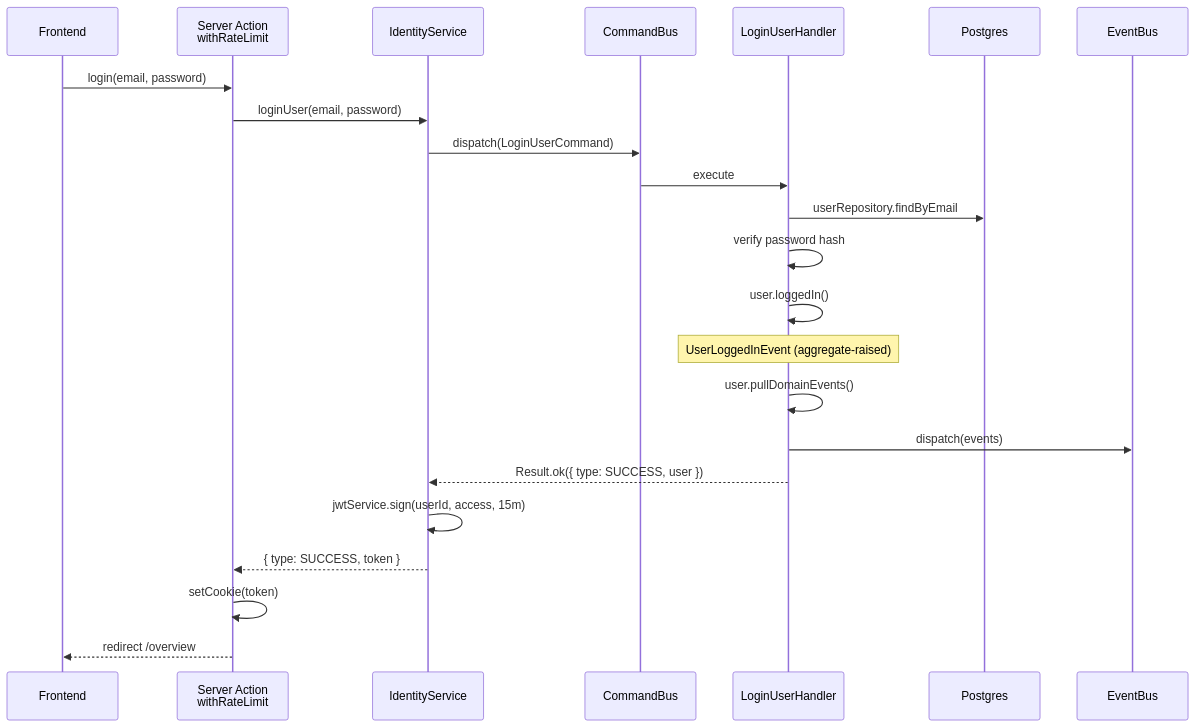
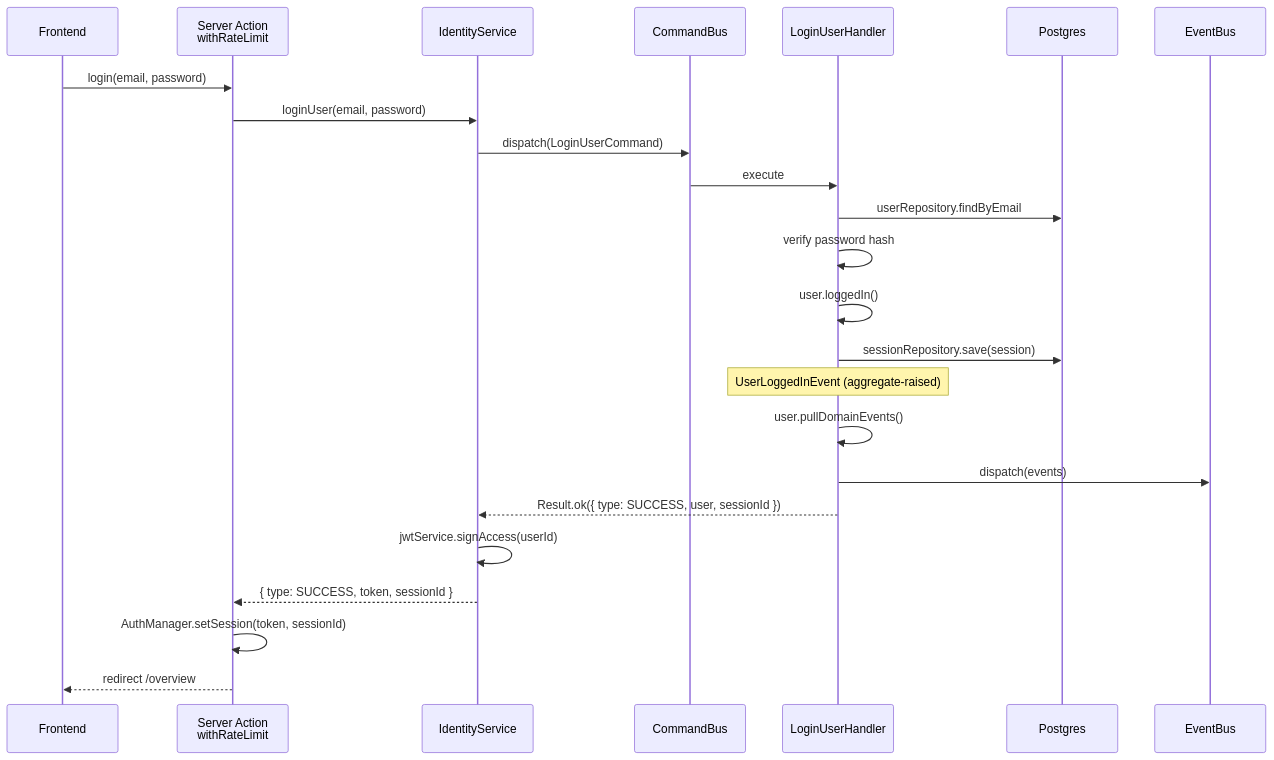
One commit to ctsmith2308/ledger changed the sixth of 10 diagrams in docs/flows.md. Above: the diagram before and after it, drawn with Mermaid. The commit also changed other lines of this file and 63 other files, not shown here.

Commit message:
re-work jwt and session flows and clean up plaid service

````diff
--- a/docs/flows.md
+++ b/docs/flows.md
@@ -198,26 +198,27 @@
 ```mermaid
 sequenceDiagram
     participant UI as Frontend
     participant SA as Server Action<br/>withRateLimit
     participant SVC as IdentityService
     participant CB as CommandBus
     participant LH as LoginUserHandler
     participant DB as Postgres
     participant EB as EventBus
 
     UI->>SA: login(email, password)
     SA->>SVC: loginUser(email, password)
     SVC->>CB: dispatch(LoginUserCommand)
     CB->>LH: execute
     LH->>DB: userRepository.findByEmail
     LH->>LH: verify password hash
     LH->>LH: user.loggedIn()
+    LH->>DB: sessionRepository.save(session)
     Note over LH: UserLoggedInEvent (aggregate-raised)
     LH->>LH: user.pullDomainEvents()
     LH->>EB: dispatch(events)
-    LH-->>SVC: Result.ok({ type: SUCCESS, user })
-    SVC->>SVC: jwtService.sign(userId, access, 15m)
-    SVC-->>SA: { type: SUCCESS, token }
-    SA->>SA: setCookie(token)
+    LH-->>SVC: Result.ok({ type: SUCCESS, user, sessionId })
+    SVC->>SVC: jwtService.signAccess(userId)
+    SVC-->>SA: { type: SUCCESS, token, sessionId }
+    SA->>SA: AuthManager.setSession(token, sessionId)
     SA-->>UI: redirect /overview
 ```
````
